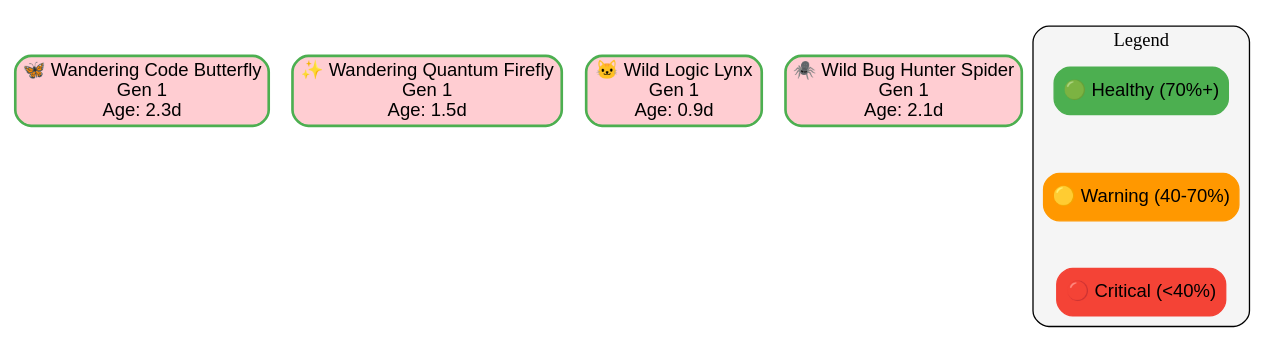
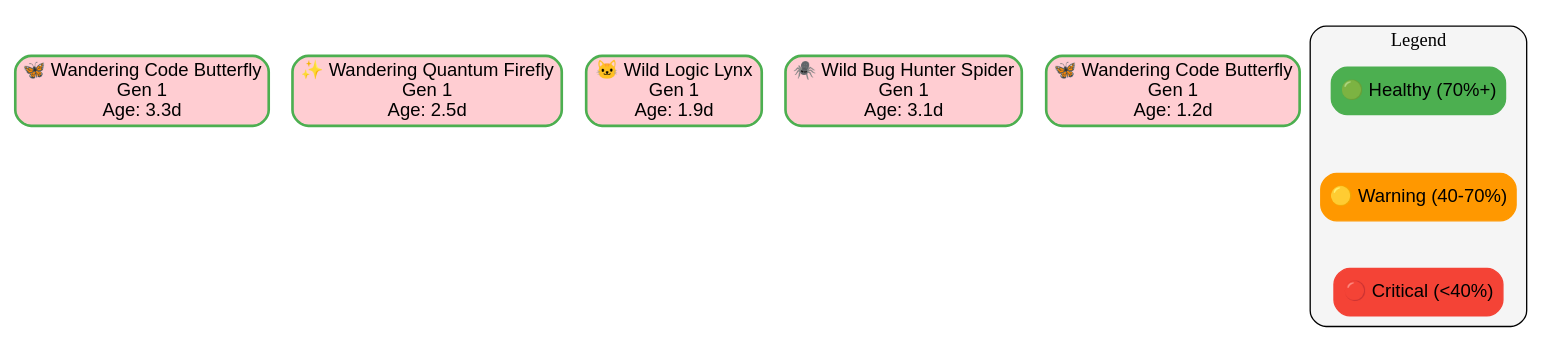
One commit to batmac/digital-ecosystem changed the diagram in .ecosystem/visualizations/family_tree.dot. Above: the diagram before and after it, drawn with Graphviz. The commit also changed 7 other files, not shown here.

```diff
--- a/.ecosystem/visualizations/family_tree.dot
+++ b/.ecosystem/visualizations/family_tree.dot
@@ -1,51 +1,58 @@
 
 digraph EcosystemFamilyTree {
     rankdir=TB;
     node [shape=box, style="rounded,filled", fontname="Arial"];
     edge [fontname="Arial"];
     
     // Style pour différentes générations
     node [fillcolor="#E3F2FD"];
 
         "code_butterfly_1753392858_5357" [
-            label="🦋 Wandering Code Butterfly\nGen 1\nAge: 2.3d",
+            label="🦋 Wandering Code Butterfly\nGen 1\nAge: 3.3d",
             fillcolor="#FFCDD2",
             color="#4CAF50",
             penwidth=2
         ];
     
         "quantum_firefly_1753393678_6656" [
-            label="✨ Wandering Quantum Firefly\nGen 1\nAge: 1.5d",
+            label="✨ Wandering Quantum Firefly\nGen 1\nAge: 2.5d",
             fillcolor="#FFCDD2",
             color="#4CAF50",
             penwidth=2
         ];
     
         "logic_lynx_1753394863_7694" [
-            label="🐱 Wild Logic Lynx\nGen 1\nAge: 0.9d",
+            label="🐱 Wild Logic Lynx\nGen 1\nAge: 1.9d",
             fillcolor="#FFCDD2",
             color="#4CAF50",
             penwidth=2
         ];
     
         "bug_hunter_spider_1753395214_1998" [
-            label="🕷️ Wild Bug Hunter Spider\nGen 1\nAge: 2.1d",
+            label="🕷️ Wild Bug Hunter Spider\nGen 1\nAge: 3.1d",
+            fillcolor="#FFCDD2",
+            color="#4CAF50",
+            penwidth=2
+        ];
+    
+        "code_butterfly_1753397153_5909" [
+            label="🦋 Wandering Code Butterfly\nGen 1\nAge: 1.2d",
             fillcolor="#FFCDD2",
             color="#4CAF50",
             penwidth=2
         ];
     
     
     // Légende
     subgraph cluster_legend {
         label="Legend";
         style="rounded,filled";
         fillcolor="#F5F5F5";
         
         legend1 [label="🟢 Healthy (70%+)", fillcolor="#4CAF50", color="#4CAF50"];
         legend2 [label="🟡 Warning (40-70%)", fillcolor="#FF9800", color="#FF9800"];
         legend3 [label="🔴 Critical (<40%)", fillcolor="#F44336", color="#F44336"];
         
         legend1 -> legend2 -> legend3 [style=invis];
     }
 }
```
